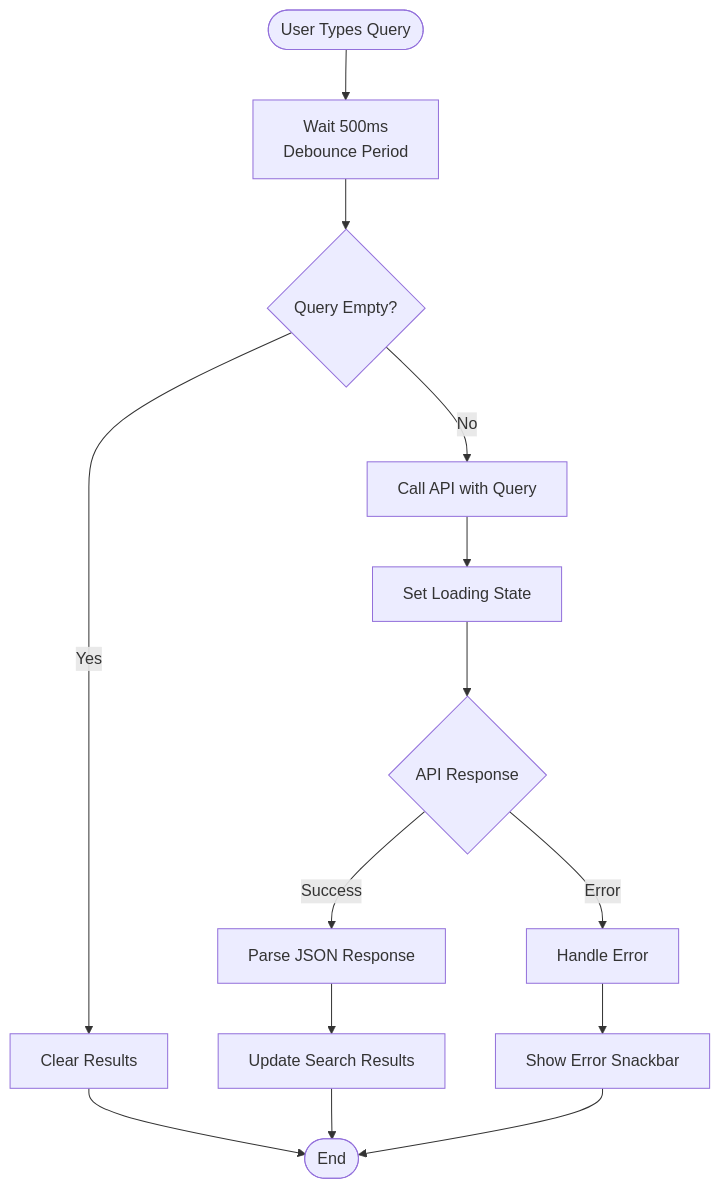
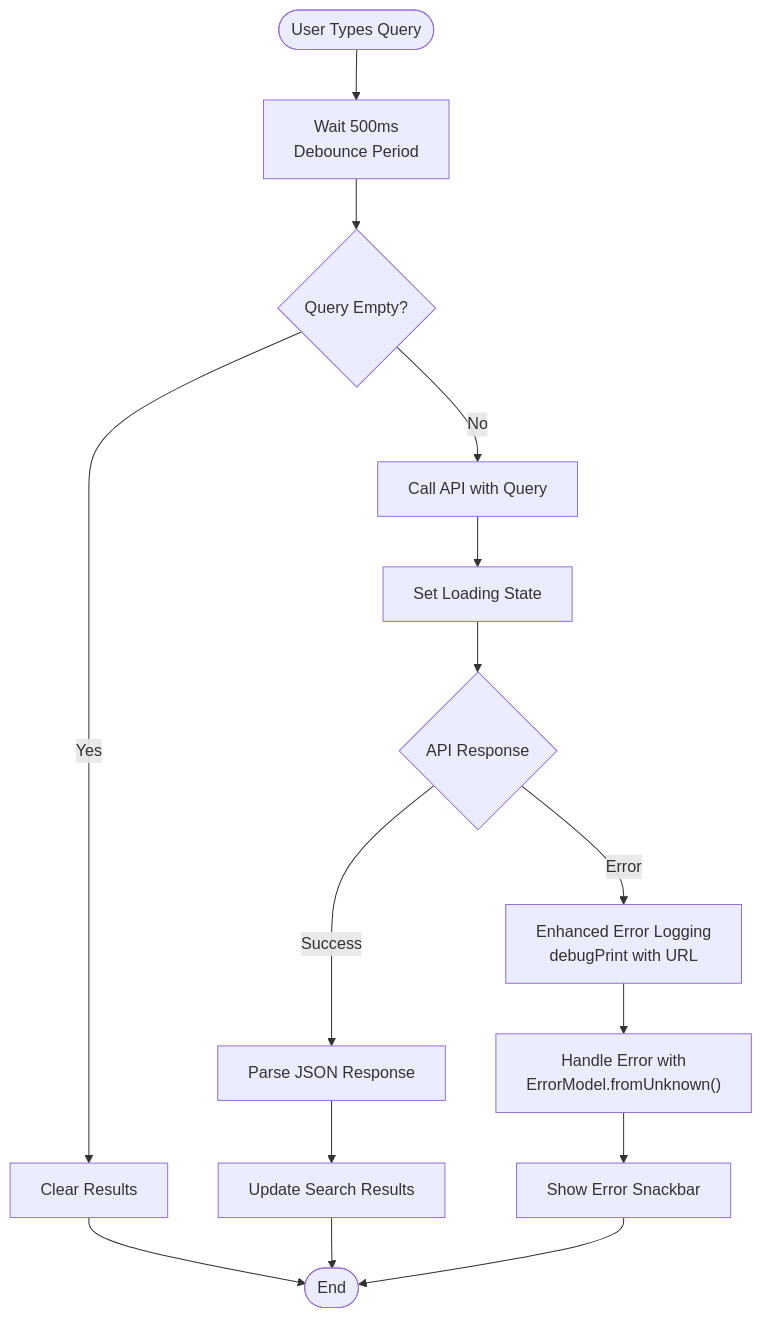
One commit to Ariful3111/FurniGo changed the fourth of 6 diagrams in .qoder/repowiki/en/content/Core Features/Global Search System.md. Above: the diagram before and after it, drawn with Mermaid. The commit also changed other lines of this file and 16 other files, not shown here.

````diff
--- a/.qoder/repowiki/en/content/Core Features/Global Search System.md
+++ b/.qoder/repowiki/en/content/Core Features/Global Search System.md
@@ -177,16 +199,17 @@
 ```mermaid
 flowchart TD
 Start([User Types Query]) --> Wait["Wait 500ms<br/>Debounce Period"]
 Wait --> Check{"Query Empty?"}
 Check --> |Yes| Clear["Clear Results"]
 Check --> |No| CallAPI["Call API with Query"]
 Clear --> End([End])
 CallAPI --> Loading["Set Loading State"]
 Loading --> Response{"API Response"}
 Response --> |Success| Parse["Parse JSON Response"]
-Response --> |Error| HandleError["Handle Error"]
+Response --> |Error| LogError["Enhanced Error Logging<br/>debugPrint with URL"]
+LogError --> HandleError["Handle Error with<br/>ErrorModel.fromUnknown()"]
 Parse --> UpdateState["Update Search Results"]
 HandleError --> ShowError["Show Error Snackbar"]
 UpdateState --> End
 ShowError --> End
 ```
````
